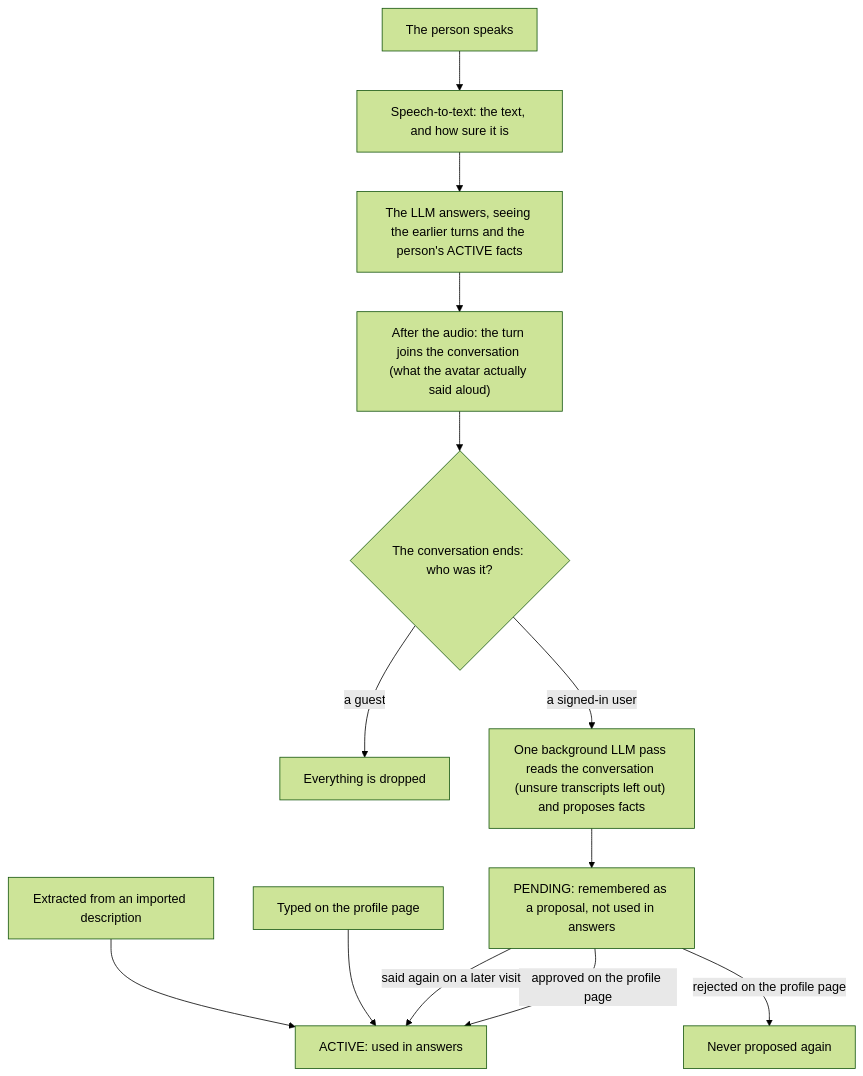
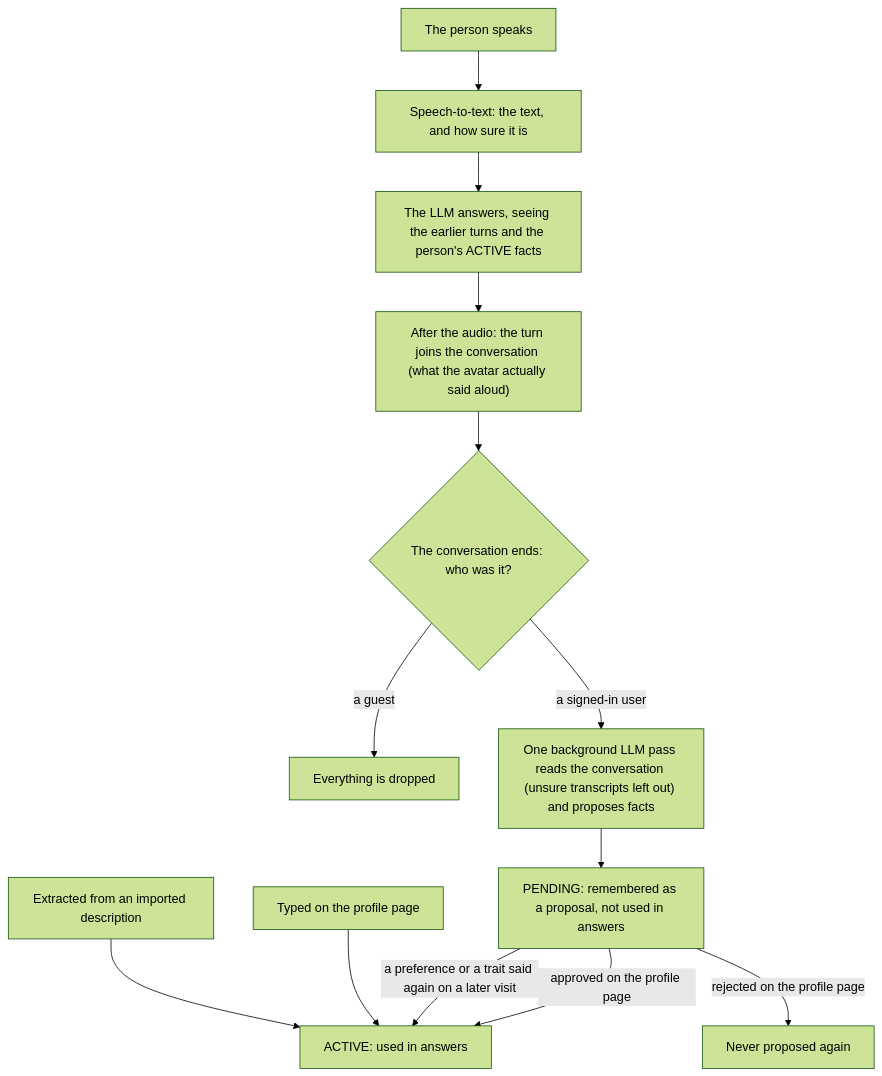
Before and after one commit to Learnheart/Avatar_AI: the eighth of 9 diagrams in docs/ARCHITECTURE.md, drawn with Mermaid (forest theme). The commit also changed other lines of this file and 7 other files, not shown here.

````diff
--- a/docs/ARCHITECTURE.md
+++ b/docs/ARCHITECTURE.md
@@ -482,15 +483,15 @@
 ```mermaid
 flowchart TD
     speak["The person speaks"] --> stt["Speech-to-text: the text, and how sure it is"]
     stt --> answer["The LLM answers, seeing the earlier turns and the person's ACTIVE facts"]
     answer --> keep["After the audio: the turn joins the conversation (what the avatar actually said aloud)"]
     keep --> ends{"The conversation ends: who was it?"}
     ends -->|"a guest"| drop["Everything is dropped"]
     ends -->|"a signed-in user"| extract["One background LLM pass reads the conversation (unsure transcripts left out) and proposes facts"]
     extract --> pending["PENDING: remembered as a proposal, not used in answers"]
     pending -->|"approved on the profile page"| active["ACTIVE: used in answers"]
-    pending -->|"said again on a later visit"| active
+    pending -->|"a preference or a trait said again on a later visit"| active
     pending -->|"rejected on the profile page"| never["Never proposed again"]
     typed["Typed on the profile page"] --> active
     imported["Extracted from an imported description"] --> active
 ```
````
